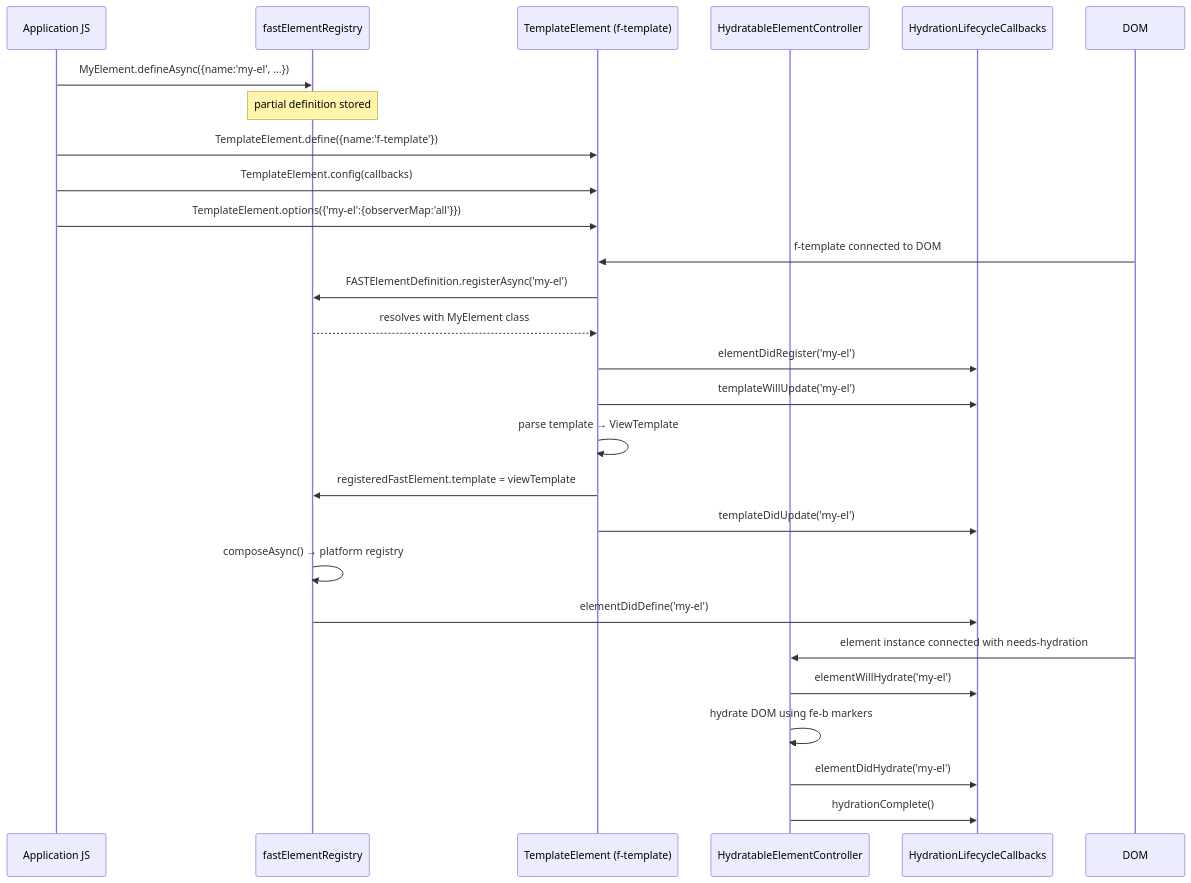
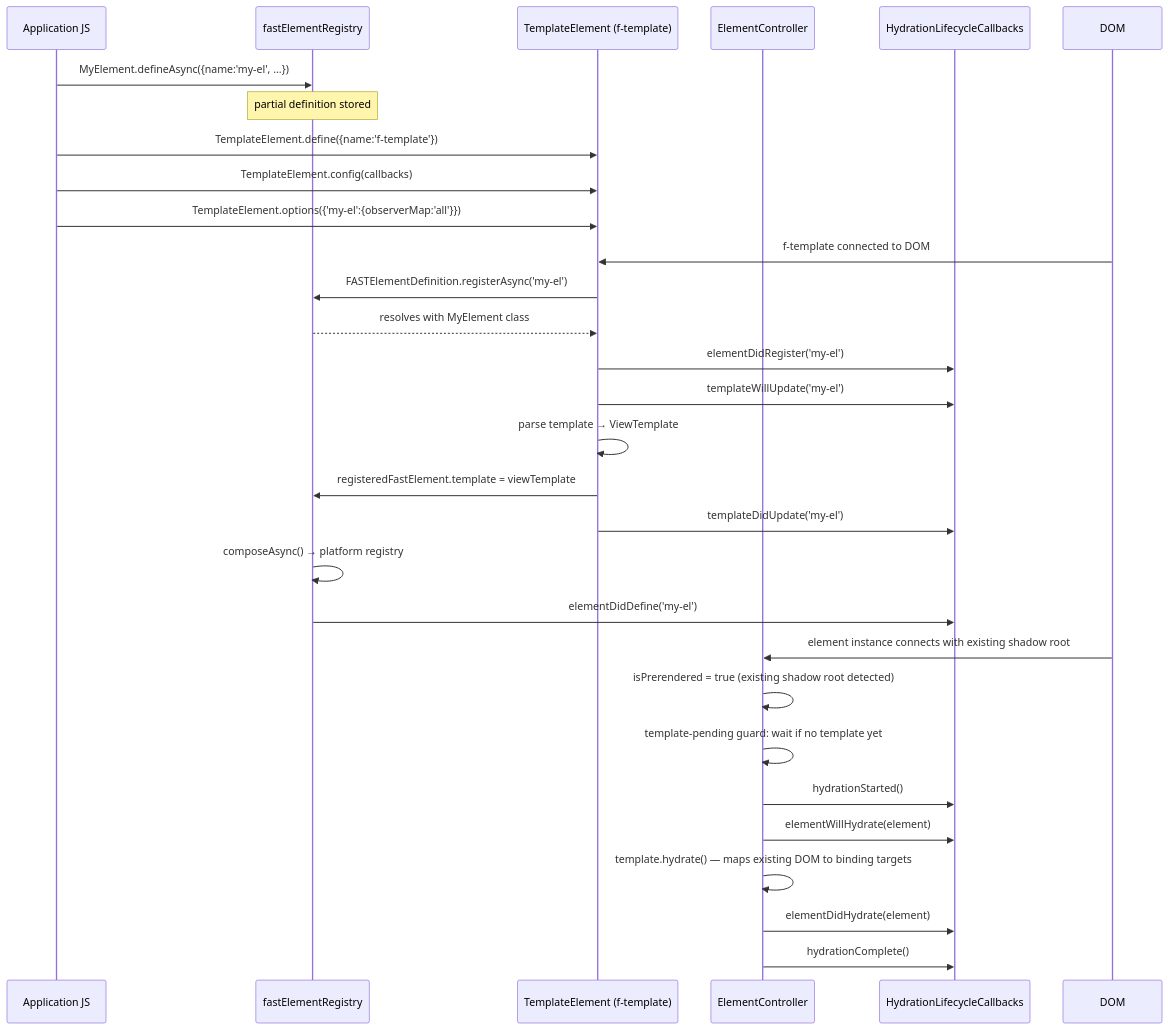
One commit to microsoft/fast changed the fourth of 4 diagrams in packages/fast-html/DESIGN.md. Above: the diagram before and after it, drawn with Mermaid. The commit also changed other lines of this file and 84 other files, not shown here.

````diff
--- a/packages/fast-html/DESIGN.md
+++ b/packages/fast-html/DESIGN.md
@@ -407,32 +397,35 @@
 ```mermaid
 sequenceDiagram
     participant App as Application JS
     participant FER as fastElementRegistry
     participant TE as TemplateElement (f-template)
-    participant HEC as HydratableElementController
+    participant EC as ElementController
     participant Callbacks as HydrationLifecycleCallbacks
 
     App->>FER: MyElement.defineAsync({name:'my-el', ...})
     note over FER: partial definition stored
 
     App->>TE: TemplateElement.define({name:'f-template'})
     App->>TE: TemplateElement.config(callbacks)
     App->>TE: TemplateElement.options({'my-el':{observerMap:'all'}})
 
     DOM->>TE: f-template connected to DOM
     TE->>FER: FASTElementDefinition.registerAsync('my-el')
     FER-->>TE: resolves with MyElement class
     TE->>Callbacks: elementDidRegister('my-el')
     TE->>Callbacks: templateWillUpdate('my-el')
     TE->>TE: parse template → ViewTemplate
     TE->>FER: registeredFastElement.template = viewTemplate
     TE->>Callbacks: templateDidUpdate('my-el')
     FER->>FER: composeAsync() → platform registry
     FER->>Callbacks: elementDidDefine('my-el')
 
-    DOM->>HEC: element instance connected with needs-hydration
-    HEC->>Callbacks: elementWillHydrate('my-el')
-    HEC->>HEC: hydrate DOM using fe-b markers
-    HEC->>Callbacks: elementDidHydrate('my-el')
-    HEC->>Callbacks: hydrationComplete()
+    DOM->>EC: element instance connects with existing shadow root
+    EC->>EC: isPrerendered = true (existing shadow root detected)
+    EC->>EC: template-pending guard: wait if no template yet
+    EC->>Callbacks: hydrationStarted()
+    EC->>Callbacks: elementWillHydrate(element)
+    EC->>EC: template.hydrate() — maps existing DOM to binding targets
+    EC->>Callbacks: elementDidHydrate(element)
+    EC->>Callbacks: hydrationComplete()
 ```
````
